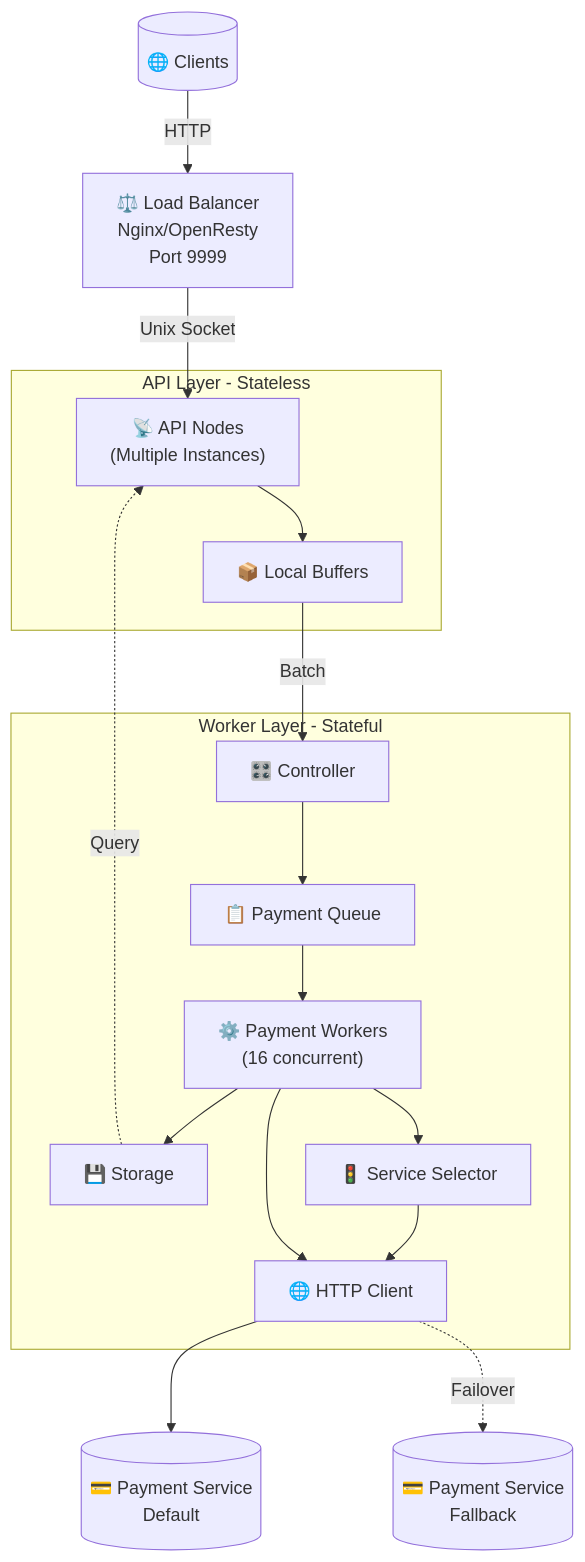
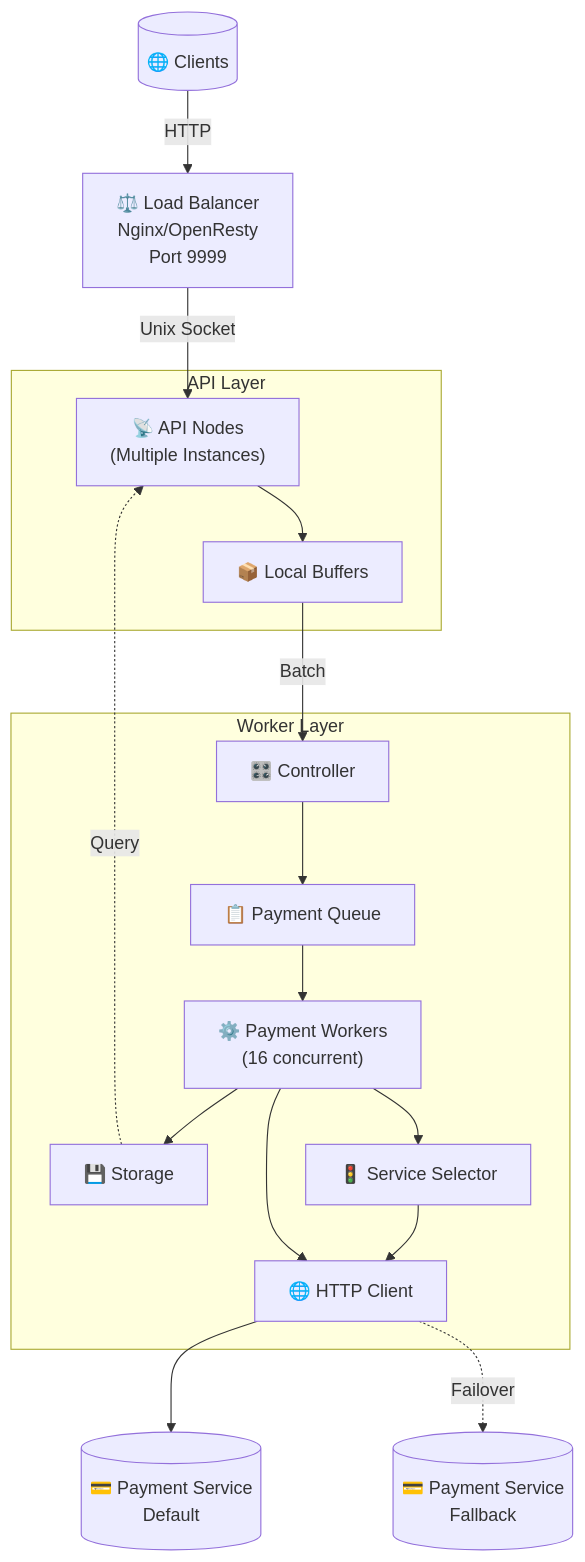
One commit to leorcvargas/rinha-de-backend-2025-elixir changed the diagram in README.md. Above: the diagram before and after it, drawn with Mermaid. The commit also changed other lines of this file, not shown here.

````diff
--- a/README.md
+++ b/README.md
@@ -14,41 +14,41 @@
 ```mermaid
 graph TB
     Client[("🌐 Clients")]
     ExtService1[("💳 Payment Service<br/>Default")]
     ExtService2[("💳 Payment Service<br/>Fallback")]
     
     Nginx["⚖️ Load Balancer<br/>Nginx/OpenResty<br/>Port 9999"]
     
-    subgraph "API Layer - Stateless"
+    subgraph "API Layer"
         APIs["📡 API Nodes<br/>(Multiple Instances)"]
         Buffer["📦 Local Buffers"]
     end
     
-    subgraph "Worker Layer - Stateful"
+    subgraph "Worker Layer"
         Controller["🎛️ Controller"]
         Queue["📋 Payment Queue"]
         Workers["⚙️ Payment Workers<br/>(16 concurrent)"]
         Storage["💾 Storage"]
         Semaphore["🚦 Service Selector"]
         HTTP["🌐 HTTP Client"]
     end
     
     Client -->|HTTP| Nginx
     Nginx -->|Unix Socket| APIs
     
     APIs --> Buffer
     
     Buffer -->|Batch| Controller
     
     Controller --> Queue
     Queue --> Workers
     Workers --> Storage
     Workers --> Semaphore
     Semaphore --> HTTP
     Workers --> HTTP
     
     HTTP --> ExtService1
     HTTP -.->|Failover| ExtService2
     
     Storage -.->|Query| APIs
 ```
````
